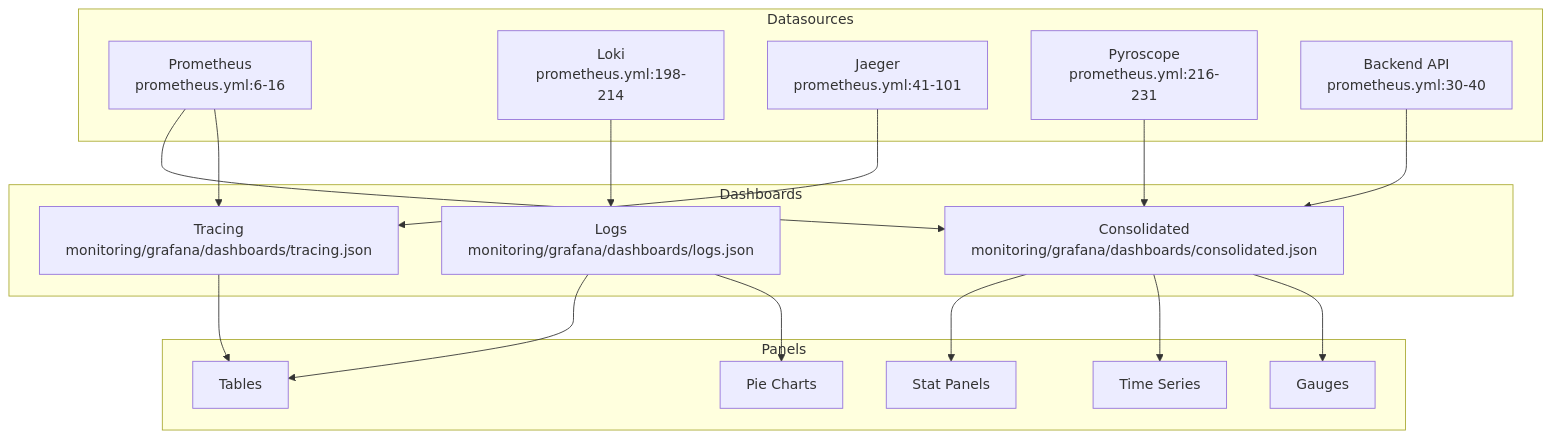
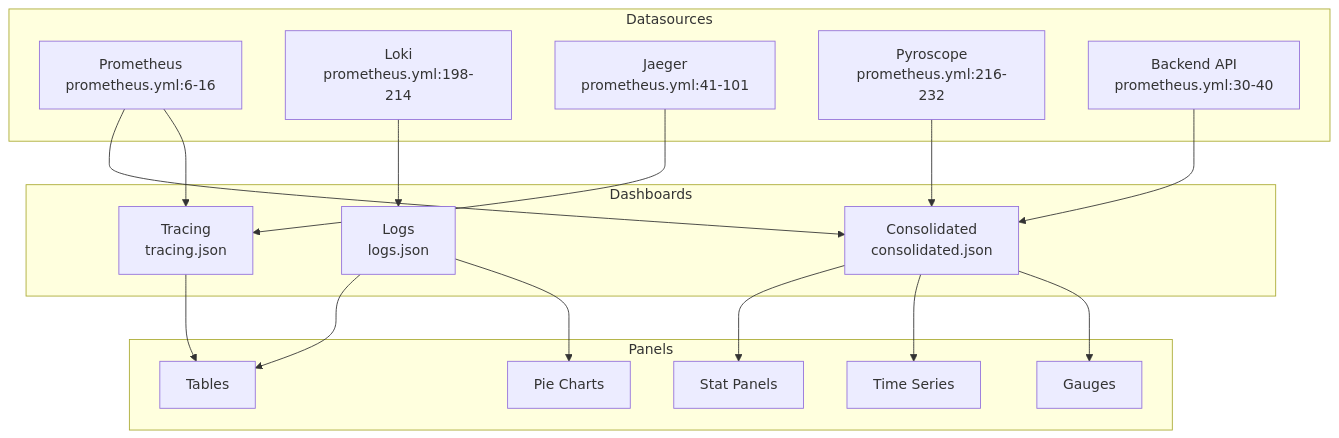
Before and after one commit to mikesvoboda/nemotron-v3-home-security-intelligence: the diagram in docs/architecture/observability/grafana-dashboards.md, drawn with Mermaid. The commit also changed other lines of this file and 17 other files, not shown here.

First line of the commit message:
docs(architecture): initialize documentation infrastructure (NEM-3451)

````diff
--- a/docs/architecture/observability/grafana-dashboards.md
+++ b/docs/architecture/observability/grafana-dashboards.md
@@ -23,38 +23,38 @@
 ```mermaid
 graph TD
     subgraph "Datasources"
         PROM[Prometheus<br/>prometheus.yml:6-16]
         LOKI[Loki<br/>prometheus.yml:198-214]
         JAEG[Jaeger<br/>prometheus.yml:41-101]
-        PYRO[Pyroscope<br/>prometheus.yml:216-231]
+        PYRO[Pyroscope<br/>prometheus.yml:216-232]
         API[Backend API<br/>prometheus.yml:30-40]
     end
 
     subgraph "Dashboards"
-        CONS[Consolidated<br/>monitoring/grafana/dashboards/consolidated.json]
-        TRAC[Tracing<br/>monitoring/grafana/dashboards/tracing.json]
-        LOGS[Logs<br/>monitoring/grafana/dashboards/logs.json]
+        CONS[Consolidated<br/>consolidated.json]
+        TRAC[Tracing<br/>tracing.json]
+        LOGS[Logs<br/>logs.json]
     end
 
     subgraph "Panels"
         STAT[Stat Panels]
         GRAPH[Time Series]
         TABLE[Tables]
         PIE[Pie Charts]
         GAUGE[Gauges]
     end
 
     PROM --> CONS
     PROM --> TRAC
     LOKI --> LOGS
     JAEG --> TRAC
     PYRO --> CONS
     API --> CONS
 
     CONS --> STAT
     CONS --> GRAPH
     CONS --> GAUGE
     LOGS --> TABLE
     LOGS --> PIE
     TRAC --> TABLE
 ```
````
